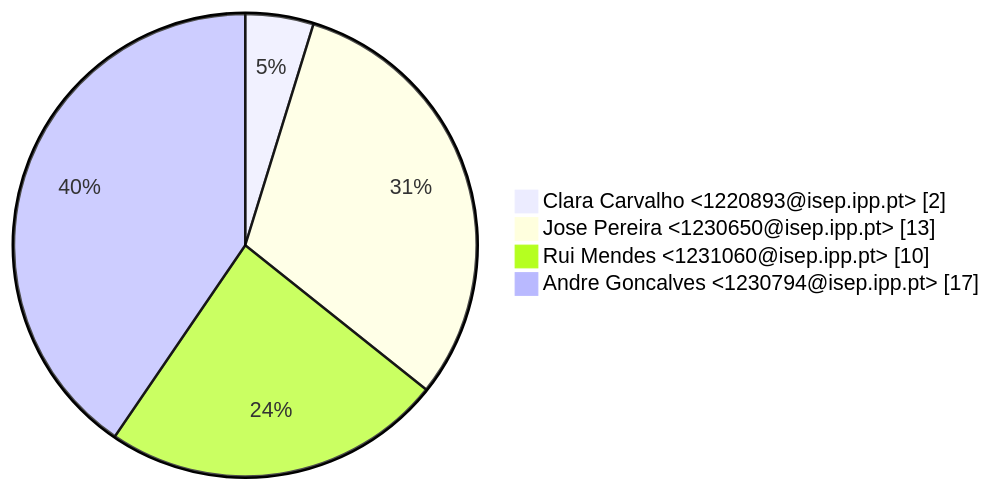
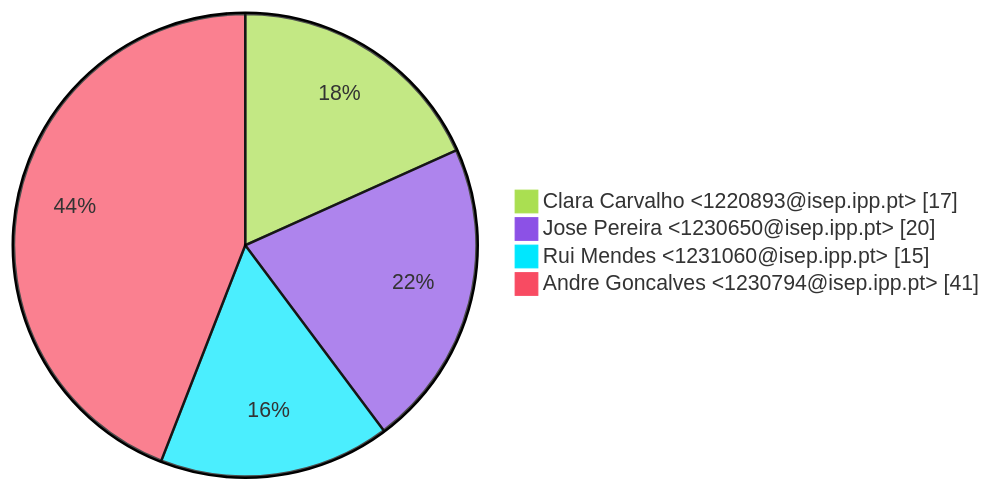
One commit to RacoonOverFlow/LSIS1_Grupo4 changed the first of 3 diagrams in GitAnalysis/Sprint_2/Contributions.md. Above: the diagram before and after it, drawn with Mermaid. The commit also changed other lines of this file and 1 other file, not shown here.

````diff
--- a/GitAnalysis/Sprint_2/Contributions.md
+++ b/GitAnalysis/Sprint_2/Contributions.md
@@ -10,7 +10,8 @@
 ```mermaid
+%%{init: {'theme': 'base', 'themeVariables': { 'pie1': '#AADF51', 'pie2': '#8C51E6', 'pie3': '#00E7FE', 'pie4': '#F84B62', 'pie5': '#FFDE72', 'pie6': '#3060CF', 'pie7': '#59C9A5'}}}%%
 pie showData
-    " Clara Carvalho <1220893@isep.ipp.pt>" : 2
-    " Jose Pereira <1230650@isep.ipp.pt>" : 13
-    " Rui Mendes <1231060@isep.ipp.pt>" : 10
-    " Andre Goncalves <1230794@isep.ipp.pt>" : 17
+    " Clara Carvalho <1220893@isep.ipp.pt>" : 17
+    " Jose Pereira <1230650@isep.ipp.pt>" : 20
+    " Rui Mendes <1231060@isep.ipp.pt>" : 15
+    " Andre Goncalves <1230794@isep.ipp.pt>" : 41
 ```
````
